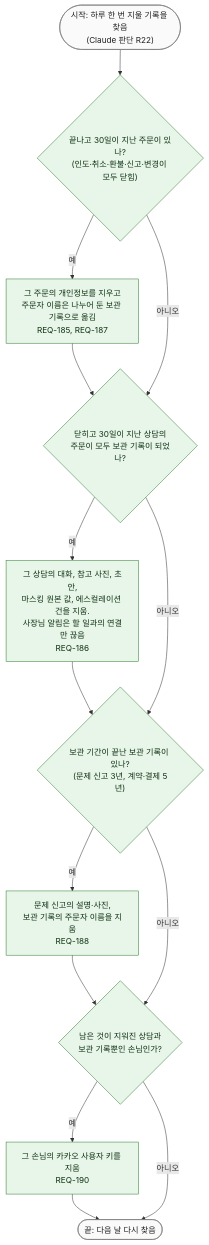
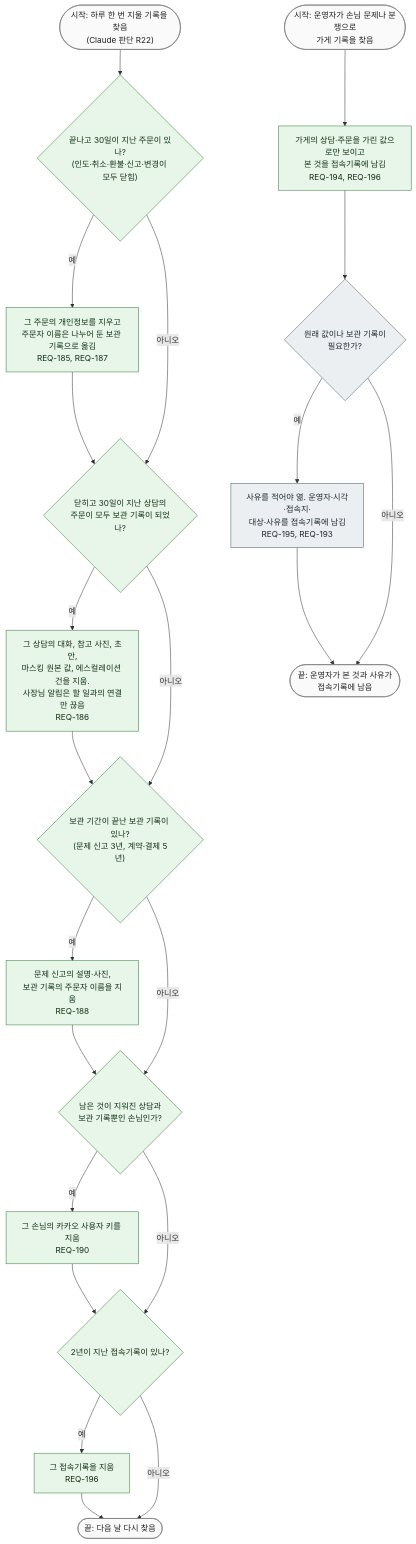
The diagram in docs/03-user-flow/FL-014-delete-old-records.md (kodonghui/siljang.ai), drawn with Mermaid before and after one commit. The commit also changed other lines of this file and 56 other files, not shown here.

````diff
--- a/docs/03-user-flow/FL-014-delete-old-records.md
+++ b/docs/03-user-flow/FL-014-delete-old-records.md
@@ -20,28 +20,42 @@
 ```mermaid
 flowchart TD
   S(["시작: 하루 한 번 지울 기록을 찾음<br/>(Claude 판단 R22)"])
   D1{"끝나고 30일이 지난 주문이 있나?<br/>(인도·취소·환불·신고·변경이 모두 닫힘)"}
   K1["그 주문의 개인정보를 지우고<br/>주문자 이름은 나누어 둔 보관 기록으로 옮김<br/>REQ-185, REQ-187"]
   D2{"닫히고 30일이 지난 상담의<br/>주문이 모두 보관 기록이 되었나?"}
   K2["그 상담의 대화, 참고 사진, 초안,<br/>마스킹 원본 값, 에스컬레이션 건을 지움.<br/>사장님 알림은 할 일과의 연결만 끊음<br/>REQ-186"]
   D3{"보관 기간이 끝난 보관 기록이 있나?<br/>(문제 신고 3년, 계약·결제 5년)"}
   K3["문제 신고의 설명·사진,<br/>보관 기록의 주문자 이름을 지움<br/>REQ-188"]
   D4{"남은 것이 지워진 상담과<br/>보관 기록뿐인 손님인가?"}
   K4["그 손님의 카카오 사용자 키를 지움<br/>REQ-190"]
+  D5{"2년이 지난 접속기록이 있나?"}
+  K5["그 접속기록을 지움<br/>REQ-196"]
   E1(["끝: 다음 날 다시 찾음"])
+  S2(["시작: 운영자가 손님 문제나 분쟁으로<br/>가게 기록을 찾음"])
+  O1["가게의 상담·주문을 가린 값으로만 보이고<br/>본 것을 접속기록에 남김<br/>REQ-194, REQ-196"]
+  D6{"원래 값이나 보관 기록이<br/>필요한가?"}
+  O2["사유를 적어야 엶. 운영자·시각·접속지·<br/>대상·사유를 접속기록에 남김<br/>REQ-195, REQ-193"]
+  E2(["끝: 운영자가 본 것과 사유가<br/>접속기록에 남음"])
 
   S --> D1
   D1 -->|"예"| K1 --> D2
   D1 -->|"아니오"| D2
   D2 -->|"예"| K2 --> D3
   D2 -->|"아니오"| D3
   D3 -->|"예"| K3 --> D4
   D3 -->|"아니오"| D4
-  D4 -->|"예"| K4 --> E1
-  D4 -->|"아니오"| E1
+  D4 -->|"예"| K4 --> D5
+  D4 -->|"아니오"| D5
+  D5 -->|"예"| K5 --> E1
+  D5 -->|"아니오"| E1
+  S2 --> O1 --> D6
+  D6 -->|"예"| O2 --> E2
+  D6 -->|"아니오"| E2
 
+  classDef op fill:#eceff1,stroke:#455a64,color:#1c2a30
   classDef svc fill:#e8f5e9,stroke:#2e7d32,color:#0f3313
   classDef term fill:#fafafa,stroke:#757575,color:#212121
-  class D1,K1,D2,K2,D3,K3,D4,K4 svc
-  class S,E1 term
+  class D1,K1,D2,K2,D3,K3,D4,K4,D5,K5,O1 svc
+  class D6,O2 op
+  class S,E1,S2,E2 term
 ```
````
